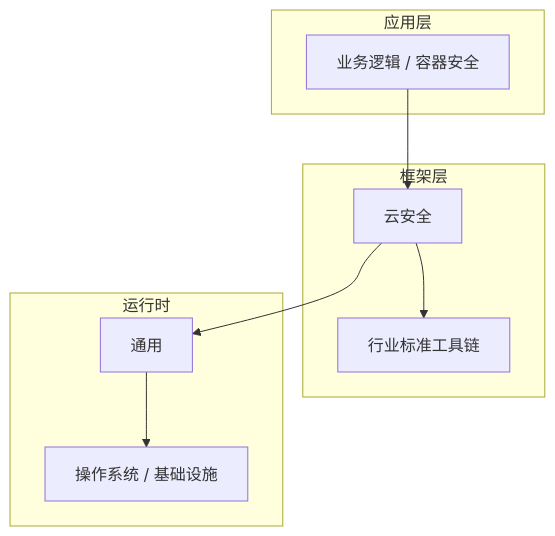
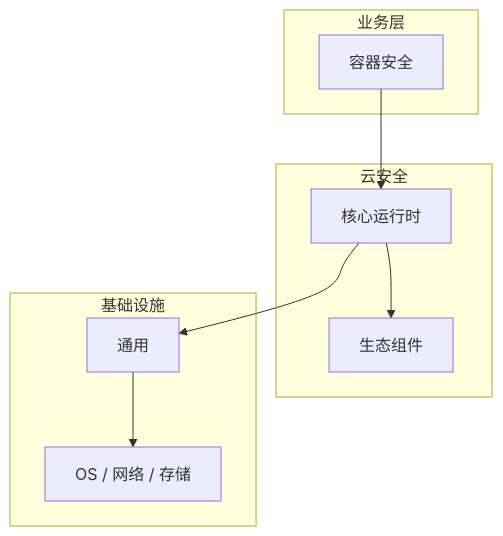
Before and after one commit to yanggan2015/knowledge-json-v2: the diagram in articles/云安全/chapters/031-容器安全核心概念与原理.md, drawn with Mermaid. The commit also changed other lines of this file and 10127 other files, not shown here.

````diff
--- a/articles/云安全/chapters/031-容器安全核心概念与原理.md
+++ b/articles/云安全/chapters/031-容器安全核心概念与原理.md
@@ -46,18 +31,18 @@
 ```mermaid
 graph TB
-    subgraph 应用层
-        A[业务逻辑 / 容器安全]
+    subgraph 业务层
+        A[容器安全]
     end
-    subgraph 框架层
-        B[云安全]
-        C[行业标准工具链]
+    subgraph 云安全
+        B[核心运行时]
+        C[生态组件]
     end
-    subgraph 运行时
+    subgraph 基础设施
         D[通用]
-        E[操作系统 / 基础设施]
+        E[OS / 网络 / 存储]
     end
     A --> B
     B --> C
     B --> D
     D --> E
 ```
````
